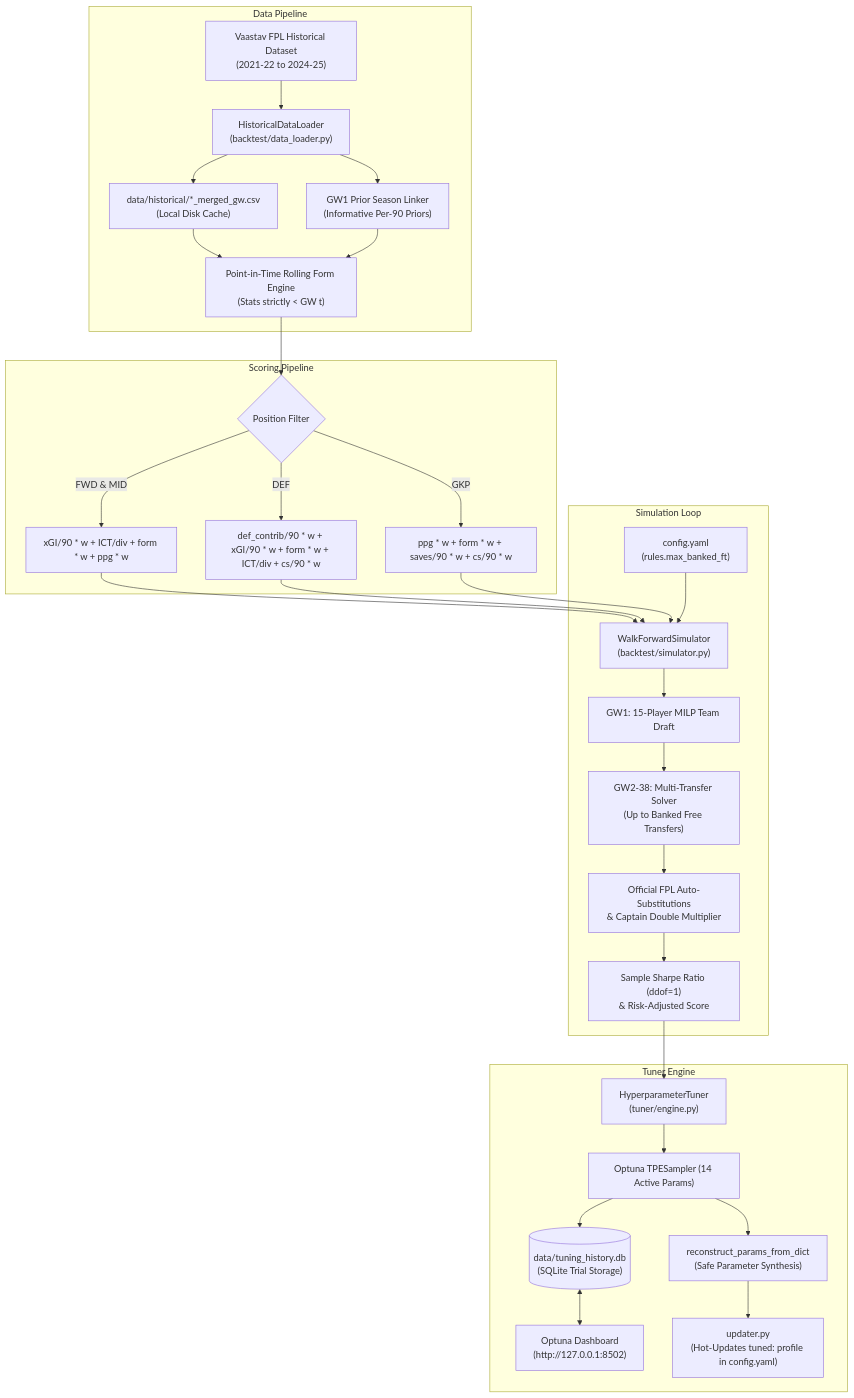
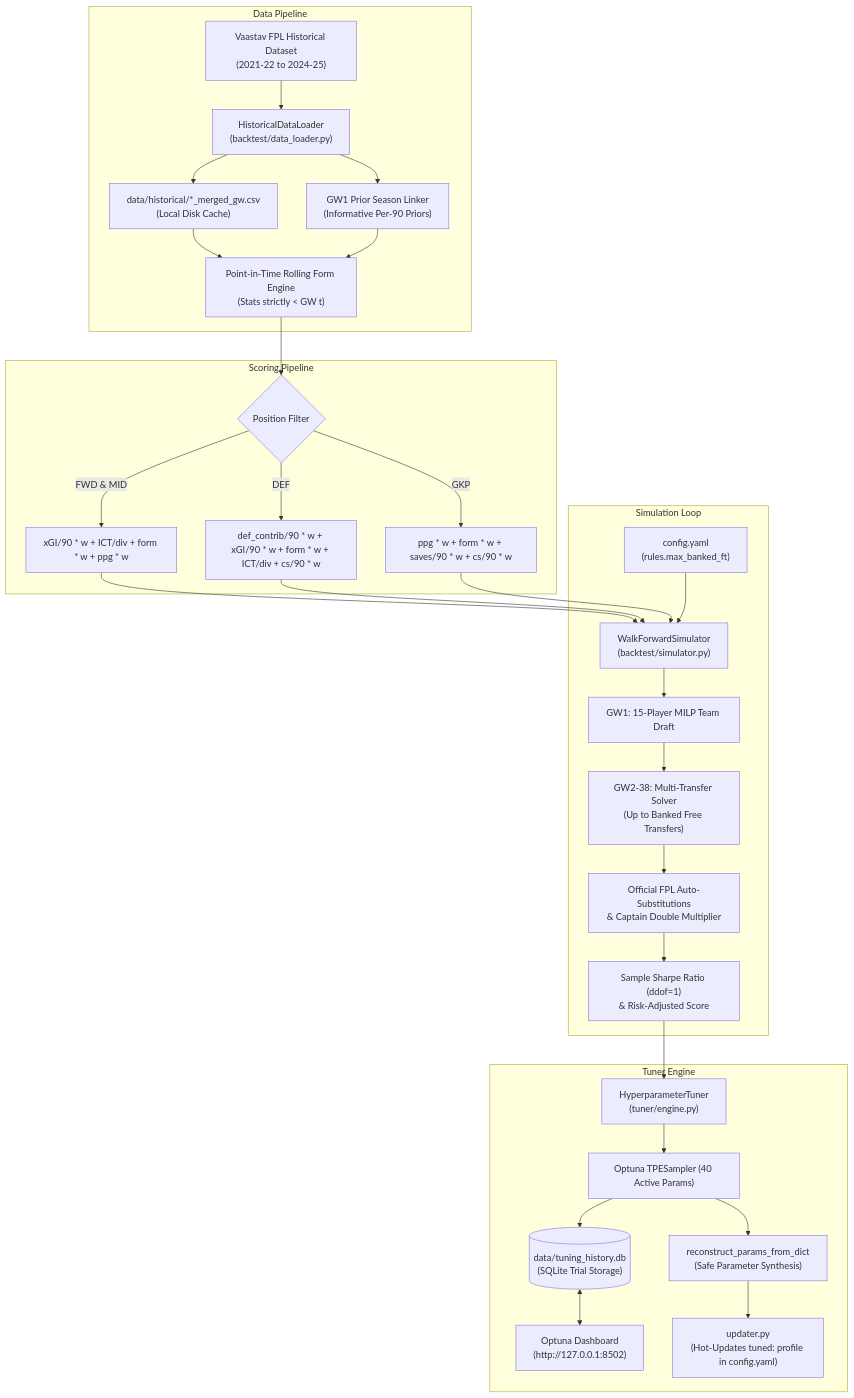
Before and after one commit to clydewatts1/rubies_rangers: the fourth of 4 diagrams in README.md, drawn with Mermaid. The commit also changed other lines of this file and 1 other file, not shown here.

````diff
--- a/README.md
+++ b/README.md
@@ -590,34 +662,34 @@
 ```mermaid
 flowchart TD
     subgraph Data Pipeline
         VAASTAV["Vaastav FPL Historical Dataset\n(2021-22 to 2024-25)"] --> LOADER["HistoricalDataLoader\n(backtest/data_loader.py)"]
         LOADER --> CACHE["data/historical/*_merged_gw.csv\n(Local Disk Cache)"]
         LOADER --> PRIORS["GW1 Prior Season Linker\n(Informative Per-90 Priors)"]
         CACHE & PRIORS --> PIT["Point-in-Time Rolling Form Engine\n(Stats strictly < GW t)"]
     end
 
     subgraph Scoring Pipeline
         PIT --> POS{"Position Filter"}
         POS -->|FWD & MID| FWD_MB["xGI/90 * w + ICT/div + form * w + ppg * w"]
         POS -->|DEF| DEF_MB["def_contrib/90 * w + xGI/90 * w + form * w + ICT/div + cs/90 * w"]
         POS -->|GKP| GKP_MB["ppg * w + form * w + saves/90 * w + cs/90 * w"]
     end
 
     subgraph Simulation Loop
         FWD_MB & DEF_MB & GKP_MB --> SIM["WalkForwardSimulator\n(backtest/simulator.py)"]
         CONFIG["config.yaml\n(rules.max_banked_ft)"] --> SIM
         SIM --> SQUAD["GW1: 15-Player MILP Team Draft"]
         SQUAD --> GW_LOOP["GW2-38: Multi-Transfer Solver\n(Up to Banked Free Transfers)"]
         GW_LOOP --> SUBS["Official FPL Auto-Substitutions\n& Captain Double Multiplier"]
         SUBS --> METRICS["Sample Sharpe Ratio (ddof=1)\n& Risk-Adjusted Score"]
     end
 
     subgraph Tuner Engine
         METRICS --> TUNER["HyperparameterTuner\n(tuner/engine.py)"]
-        TUNER --> OPTUNA["Optuna TPESampler (14 Active Params)"]
+        TUNER --> OPTUNA["Optuna TPESampler (40 Active Params)"]
         OPTUNA --> DB[("data/tuning_history.db\n(SQLite Trial Storage)")]
         DB <--> DASH["Optuna Dashboard\n(http://127.0.0.1:8502)"]
         OPTUNA --> RECON["reconstruct_params_from_dict\n(Safe Parameter Synthesis)"]
         RECON --> UPDATER["updater.py\n(Hot-Updates tuned: profile in config.yaml)"]
     end
 ```
````
